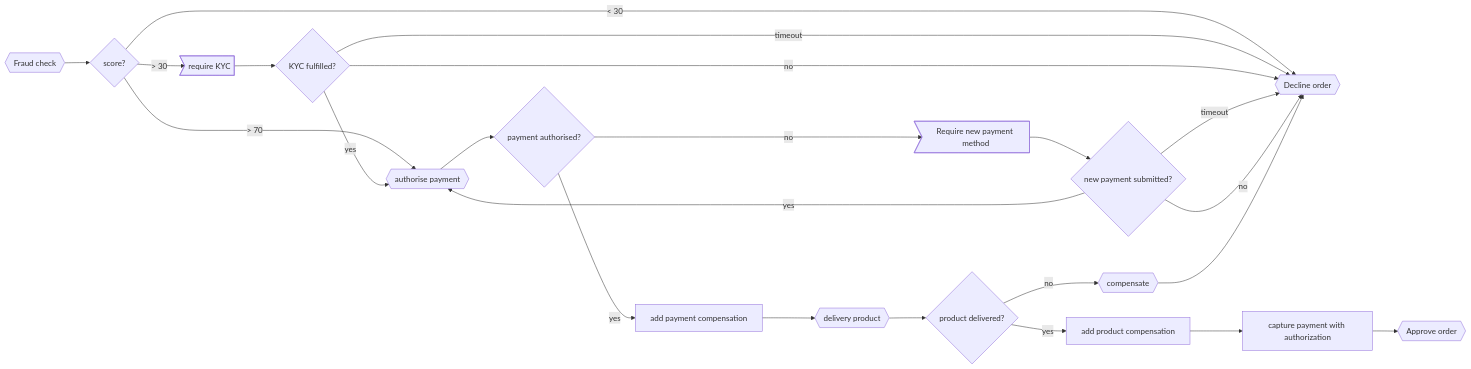
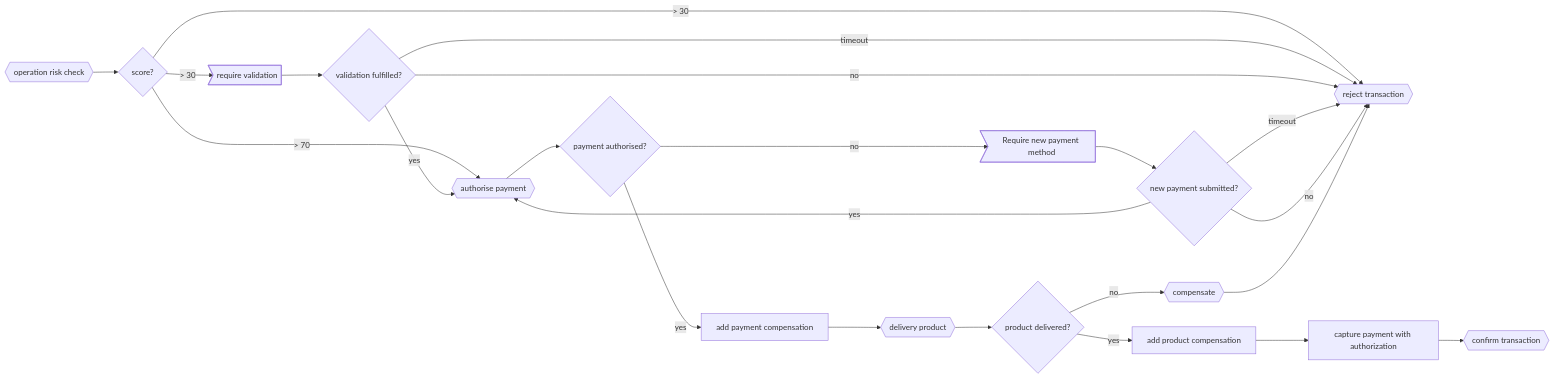
One commit to javiercanillas/temporal-poc changed the diagram in README.md. Above: the diagram before and after it, drawn with Mermaid. The commit also changed other lines of this file and 14 other files, not shown here.

````diff
--- a/README.md
+++ b/README.md
@@ -13,27 +13,27 @@
 ```mermaid
 graph LR
-    A{{Fraud check}} -->B{score?}
+    A{{operation risk check}} -->B{score?}
     B -->|> 70|C
     B -->|> 30|D
-    B -->|< 30|Z
+    B -->|> 30|Z
     C{{authorise payment}} --> F
-    D>require KYC] --> E
-    E{KYC fulfilled?} -->|timeout| Z
+    D>require validation] --> E
+    E{validation fulfilled?} -->|timeout| Z
     E -->|no|Z
     E -->|yes|C
     F{payment authorised?} -->|yes| I
     F -->|no| G
     G>Require new payment method] --> H
     H{new payment submitted?} -->|timeout| Z
     H -->|no| Z 
     H -->|yes| C 
     I[add payment compensation] -->J 
     J{{delivery product}} --> K
     K{product delivered?} -->|yes| L
     K -->|no| Y
     L[add product compensation] -->M
     M[capture payment with authorization] --> X
     Y{{compensate}}-->Z
-    X{{Approve order}}
-    Z{{Decline order}}
+    X{{confirm transaction}}
+    Z{{reject transaction}}
 ```
````
